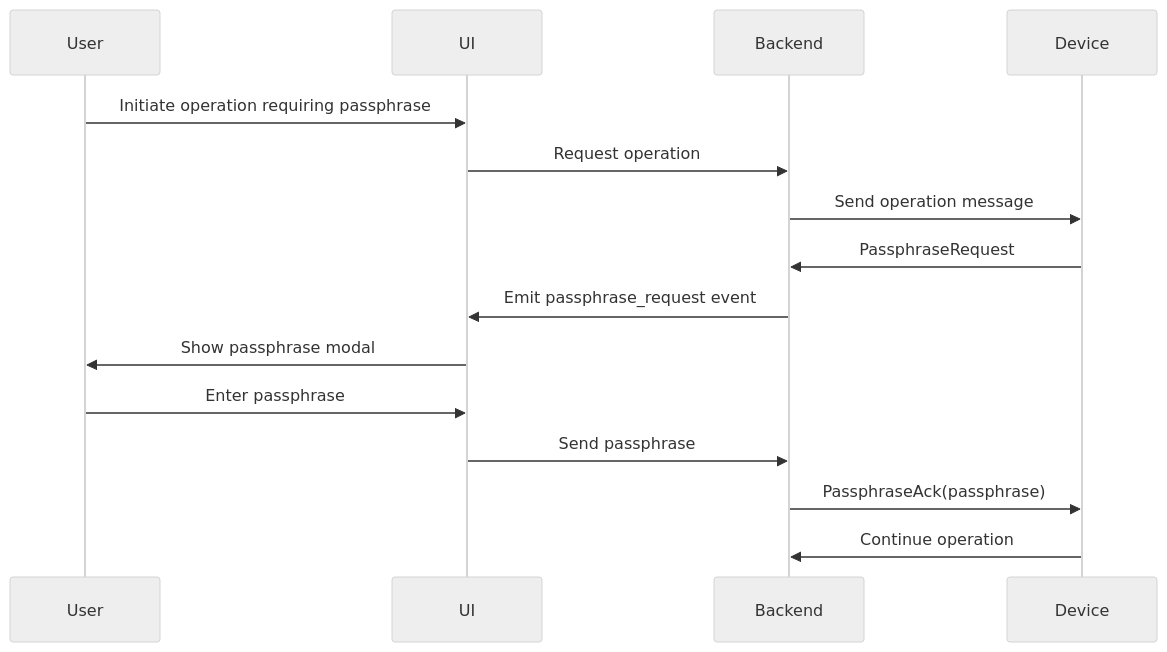
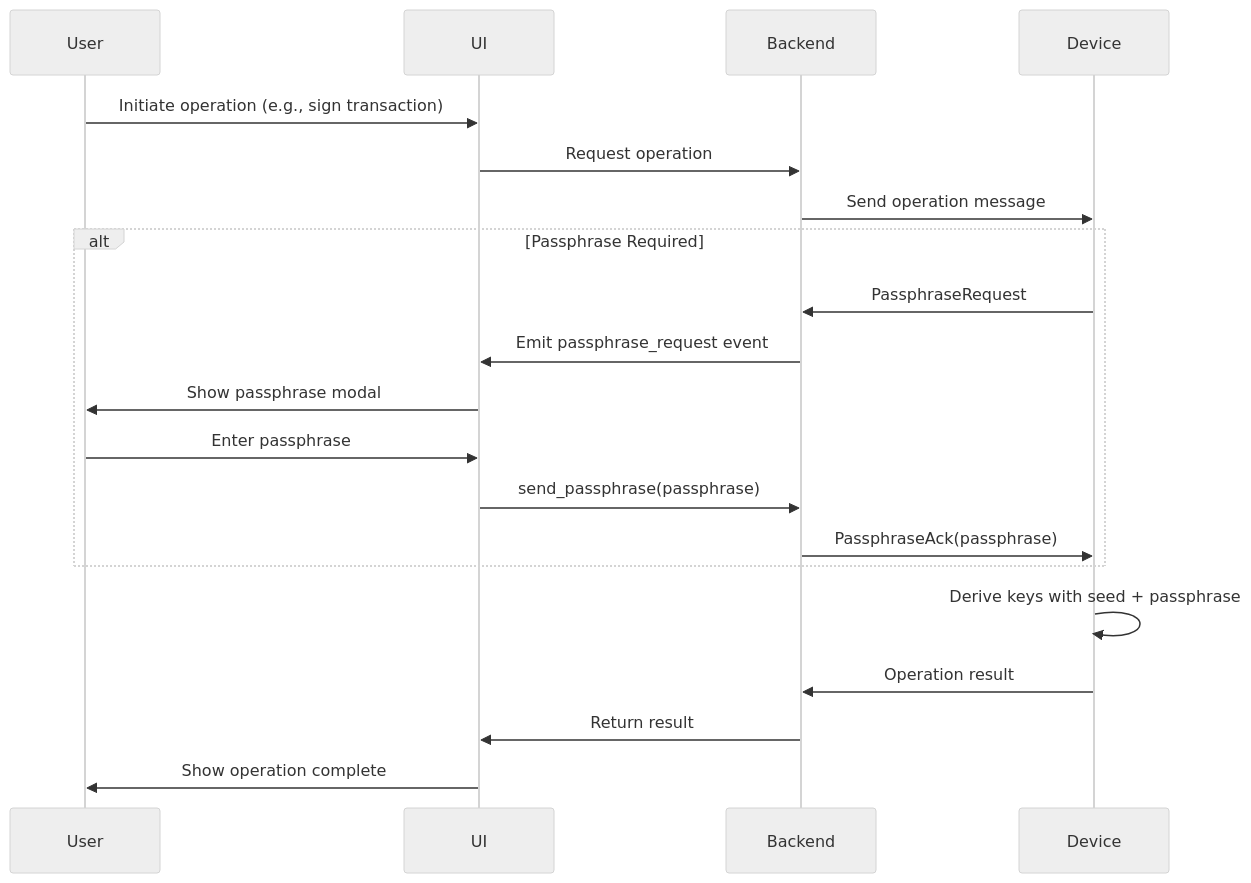
One commit to keepkey/keepkey-bitcoin-only changed the second of 2 diagrams in docs/passphrase-implementation-plan.md. Above: the diagram before and after it, drawn with Mermaid (neutral theme). The commit also changed other lines of this file and 10 other files, not shown here.

````diff
--- a/docs/passphrase-implementation-plan.md
+++ b/docs/passphrase-implementation-plan.md
@@ -71,18 +126,25 @@
 ```mermaid
 sequenceDiagram
     participant User
     participant UI
     participant Backend
     participant Device
     
-    User->>UI: Initiate operation requiring passphrase
+    User->>UI: Initiate operation (e.g., sign transaction)
     UI->>Backend: Request operation
     Backend->>Device: Send operation message
-    Device->>Backend: PassphraseRequest
-    Backend->>UI: Emit passphrase_request event
-    UI->>User: Show passphrase modal
-    User->>UI: Enter passphrase
-    UI->>Backend: Send passphrase
-    Backend->>Device: PassphraseAck(passphrase)
-    Device->>Backend: Continue operation
+    
+    alt Passphrase Required
+        Device->>Backend: PassphraseRequest
+        Backend->>UI: Emit passphrase_request event
+        UI->>User: Show passphrase modal
+        User->>UI: Enter passphrase
+        UI->>Backend: send_passphrase(passphrase)
+        Backend->>Device: PassphraseAck(passphrase)
+    end
+    
+    Device->>Device: Derive keys with seed + passphrase
+    Device->>Backend: Operation result
+    Backend->>UI: Return result
+    UI->>User: Show operation complete
 ```
````
